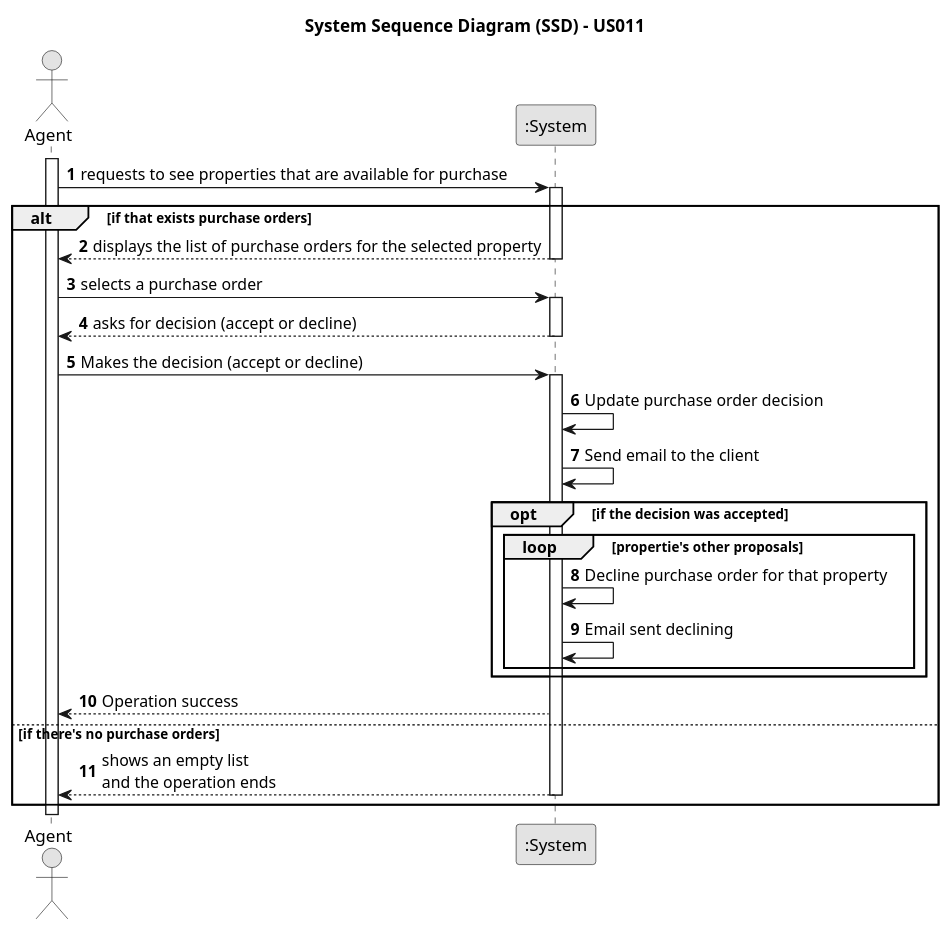
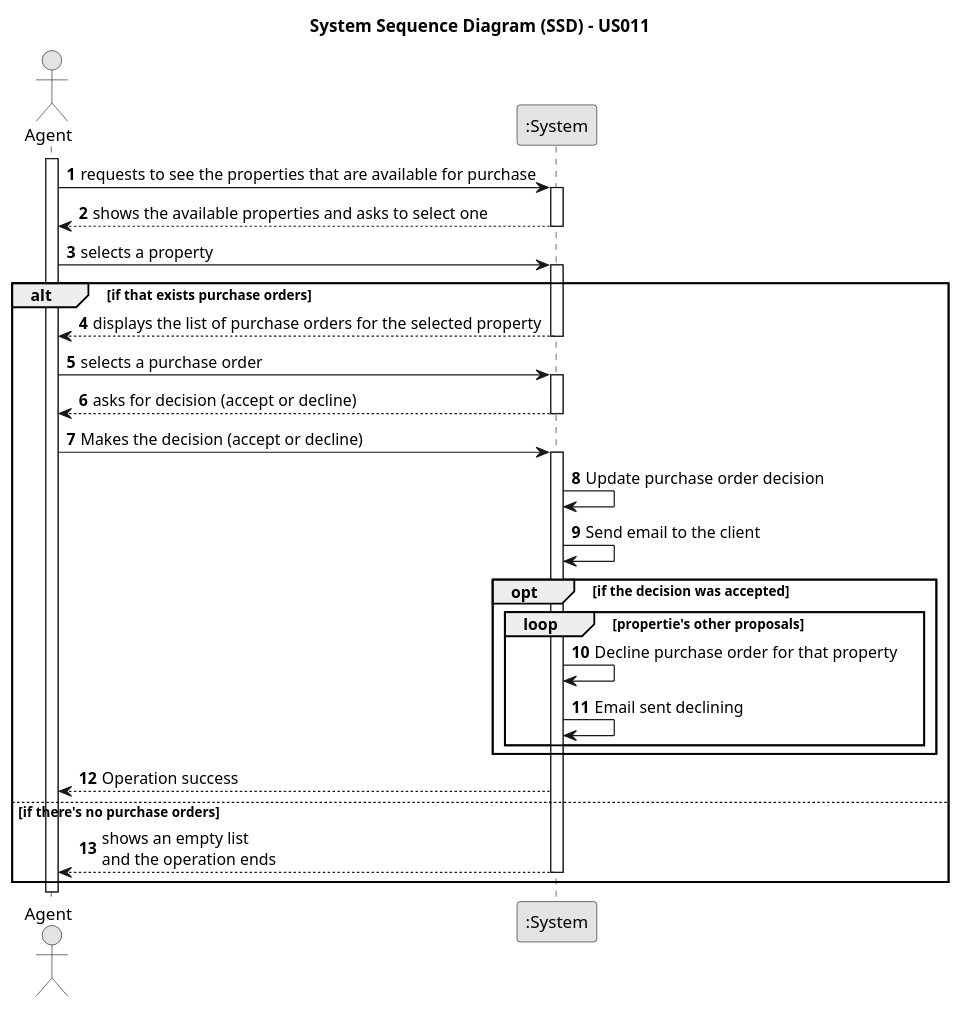
Before and after one commit to 1220812/LAPR2: the diagram in docs/sprintD/us011/01.requirements-engineering/puml/us011-system-sequence-diagram.svg.puml, drawn with PlantUML. The commit also changed 23 other files, not shown here.

```diff
--- a/docs/sprintD/us011/01.requirements-engineering/puml/us011-system-sequence-diagram.svg.puml
+++ b/docs/sprintD/us011/01.requirements-engineering/puml/us011-system-sequence-diagram.svg.puml
@@ -1,62 +1,70 @@
 @startuml
 skinparam monochrome true
 skinparam packageStyle rectangle
 skinparam shadowing false
 
 title System Sequence Diagram (SSD) - US011
 
 autonumber
 
 actor "Agent" as Employee
 participant ":System" as System
 
 activate Employee
 
-    Employee -> System : requests to see properties that are available for purchase
+    Employee -> System : requests to see the properties that are available for purchase
+
+    activate System
+
+    System --> Employee : shows the available properties and asks to select one
+
+    deactivate System
+
+    Employee -> System : selects a property
 
         activate System
 
             alt if that exists purchase orders
 
                 System --> Employee : displays the list of purchase orders for the selected property
 
         deactivate System
 
              Employee -> System : selects a purchase order
 
         activate System
 
              System --> Employee : asks for decision (accept or decline)
 
              deactivate System
 
 
              Employee -> System : Makes the decision (accept or decline)
         activate System
 
              System -> System : Update purchase order decision
              System -> System : Send email to the client
 
         opt if the decision was accepted
 
             loop propertie's other proposals
 
                 System -> System : Decline purchase order for that property
 
                 System -> System : Email sent declining
 
             end
 
         end
 
             System --> Employee : Operation success
 
   else if there's no purchase orders
 
                     System --> Employee : shows an empty list \nand the operation ends
 
         deactivate System
     end
 
 
 @enduml
```
